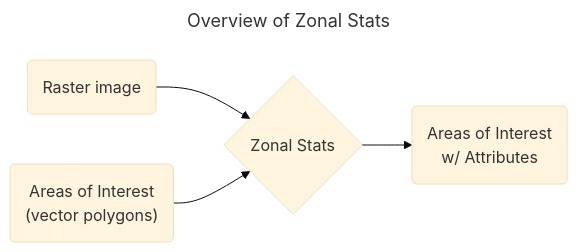
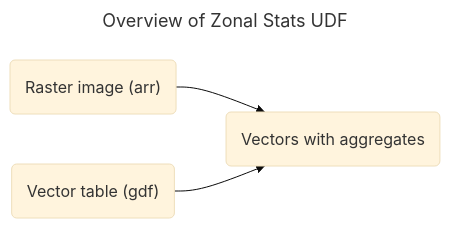
Before and after one commit to fusedio/fused-docs: the diagram in docs/user-guide/fused-in-10-minutes.mdx, drawn with Mermaid (base theme). The commit also changed other lines of this file, not shown here.

Commit message:
commit graph

````diff
--- a/docs/user-guide/fused-in-10-minutes.mdx
+++ b/docs/user-guide/fused-in-10-minutes.mdx
@@ -36,9 +88,9 @@
 ```mermaid
 ---
-title: Overview of Zonal Stats
+title: Overview of Zonal Stats UDF
 ---
 graph LR
-    A("Raster image") --> D{Zonal Stats}
-    B("Areas of Interest<br/>(vector polygons)") --> D
-    D --> E(Areas of Interest<br/>w/ Attributes)
+    A("Raster image (arr)") --> E{Zonal Stats}
+    B("Vector table (gdf)") --> E
+    E(Vectors with aggregates)
 ```
````
